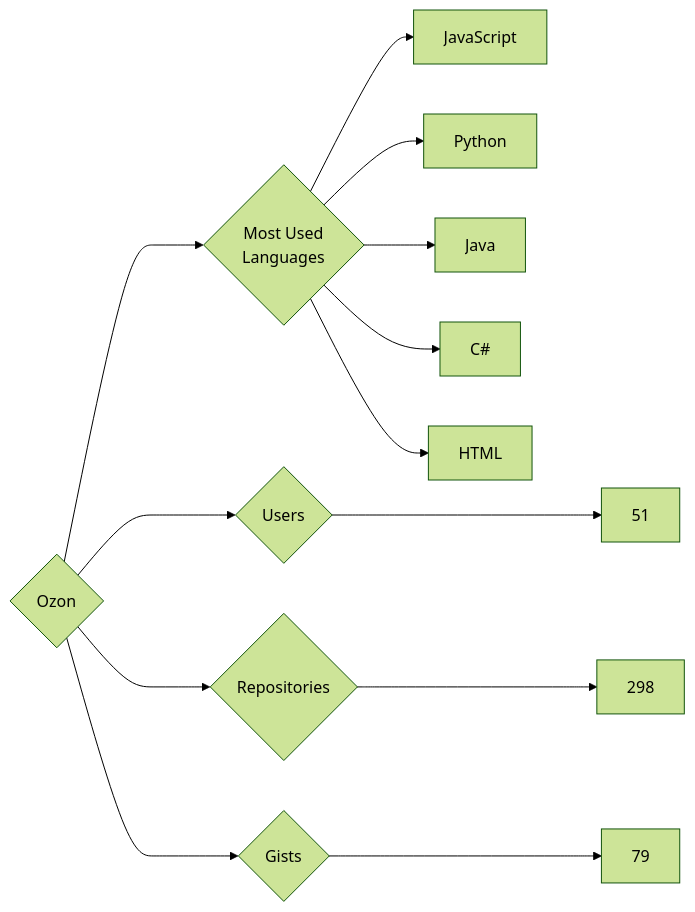
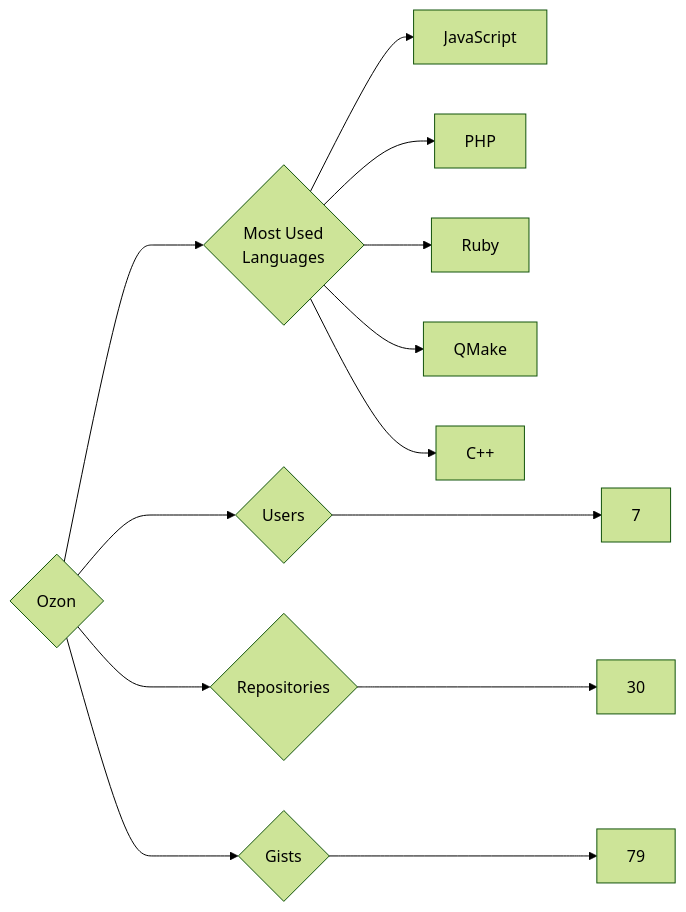
Before and after one commit to trickest/insiders: the diagram in targets/Ozon/README.md, drawn with Mermaid (forest theme). The commit also changed 770 other files, not shown here.

````diff
--- a/targets/Ozon/README.md
+++ b/targets/Ozon/README.md
@@ -3,13 +3,13 @@
 ```mermaid
 graph LR
 COMPANY_NAME{Ozon}
-COMPANY_NAME ---> U{Users} ---> UN[51]
-COMPANY_NAME ---> R{Repositories} ---> RN[298]
+COMPANY_NAME ---> U{Users} ---> UN[7]
+COMPANY_NAME ---> R{Repositories} ---> RN[30]
 COMPANY_NAME ---> G{Gists} ---> GN[79]
 COMPANY_NAME ---> ML{Most Used<br>Languages}
 ML --> JavaScript[JavaScript]
-ML --> Python[Python]
-ML --> Java[Java]
-ML --> C#[C#]
-ML --> HTML[HTML]
+ML --> PHP[PHP]
+ML --> Ruby[Ruby]
+ML --> QMake[QMake]
+ML --> C++[C++]
 ```
````
